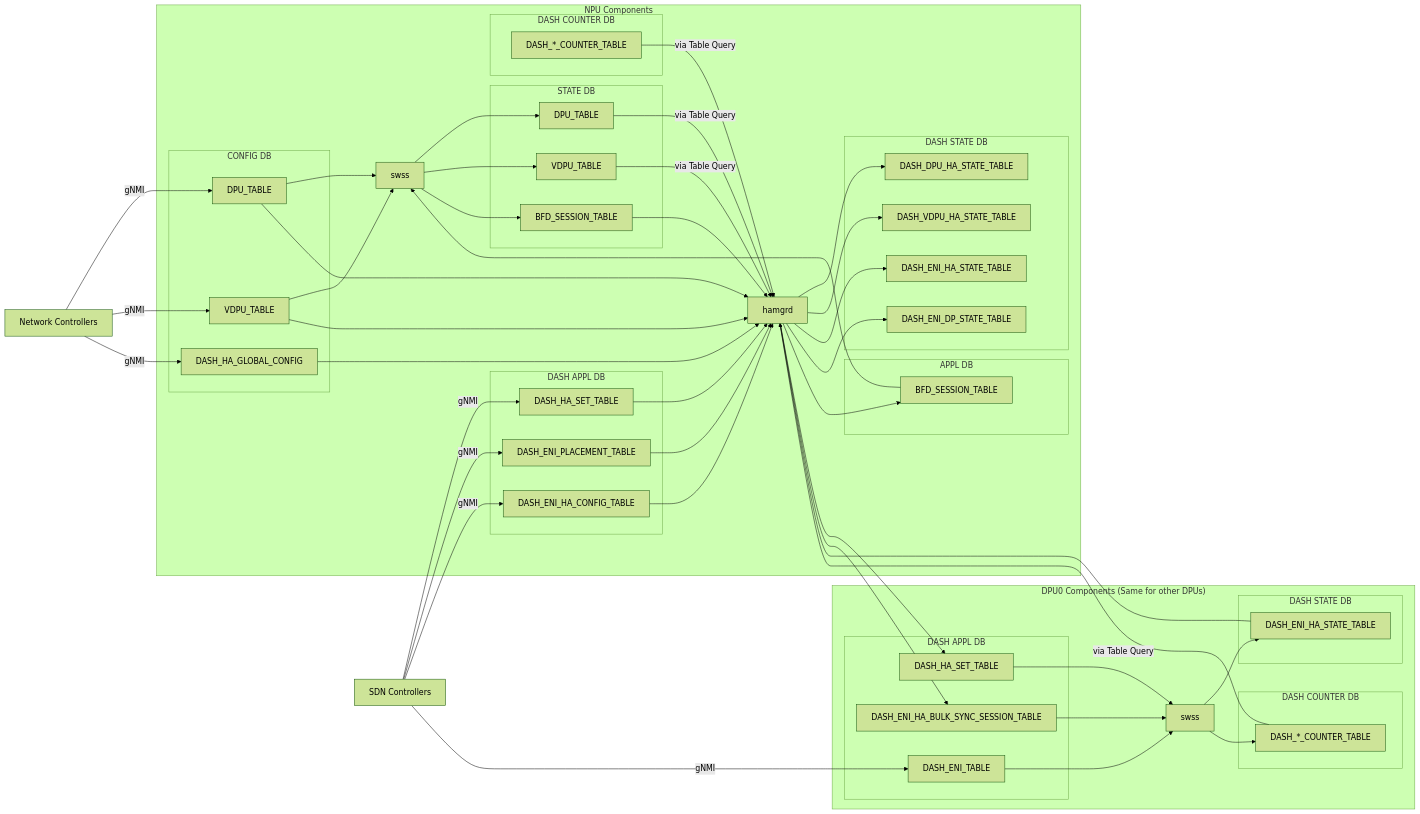
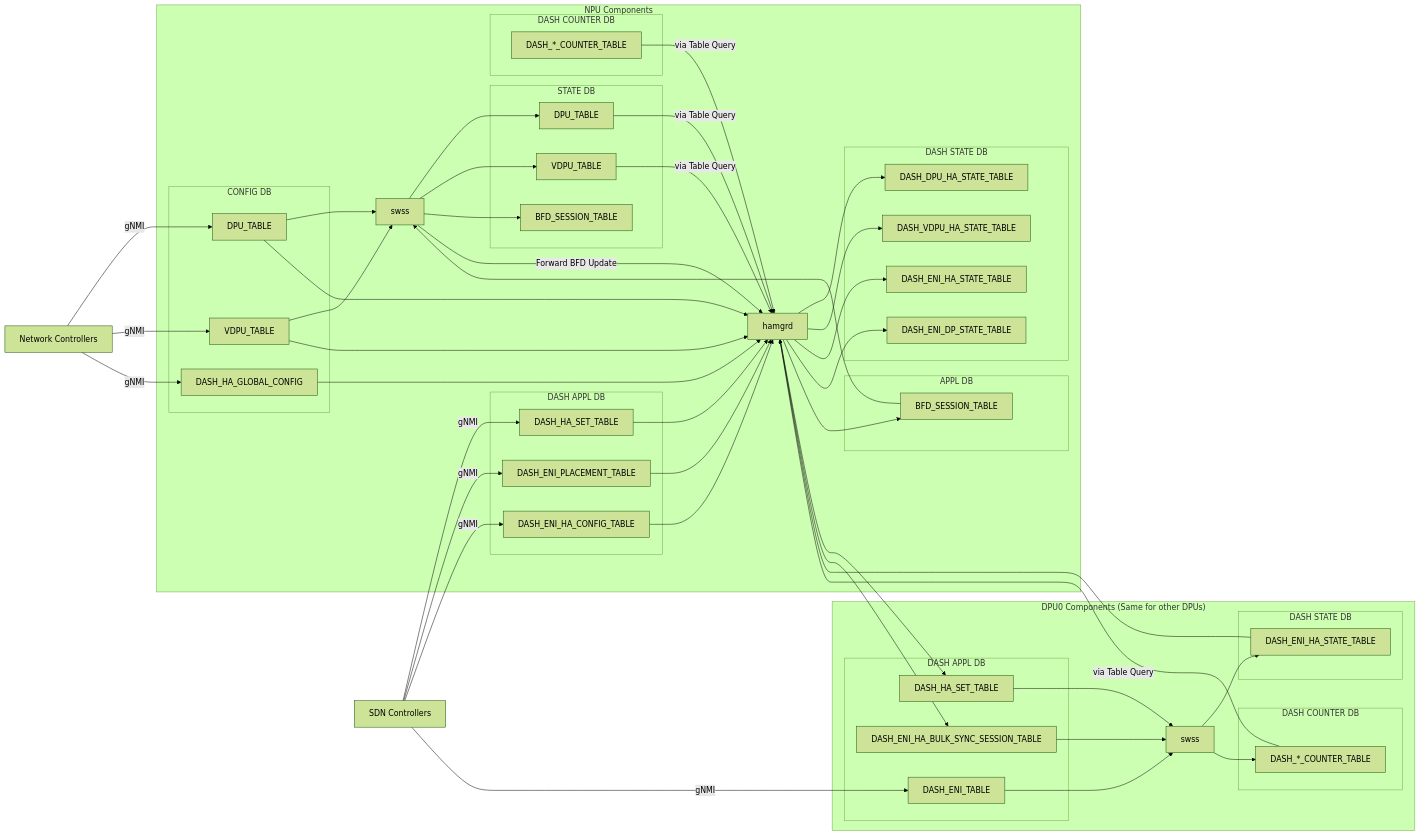
Before and after one commit to sonic-net/SONiC: the diagram in doc/smart-switch/high-availability/smart-switch-ha-detailed-design.md, drawn with Mermaid (forest theme). The commit also changed other lines of this file, not shown here.

```diff
--- a/doc/smart-switch/high-availability/smart-switch-ha-detailed-design.md
+++ b/doc/smart-switch/high-availability/smart-switch-ha-detailed-design.md
@@ -131,13 +131,13 @@
    NPU_SWSS --> NPU_DPU_STATE
    NPU_SWSS --> NPU_VDPU_STATE
    NPU_SWSS --> NPU_BFD_SESSION_STATE
+   NPU_SWSS --> |Forward BFD Update| NPU_HAMGRD
 
    %% NPU tables --> hamgrd:
    NPU_DPU --> NPU_HAMGRD
    NPU_VDPU --> NPU_HAMGRD
    NPU_DPU_STATE --> |via Table Query| NPU_HAMGRD
    NPU_VDPU_STATE --> |via Table Query| NPU_HAMGRD
-   NPU_BFD_SESSION_STATE --> NPU_HAMGRD
    NPU_DASH_HA_GLOBAL_CONFIG --> NPU_HAMGRD
    NPU_DASH_HA_SET --> NPU_HAMGRD
    NPU_DASH_ENI_PLACEMENT --> NPU_HAMGRD
```
